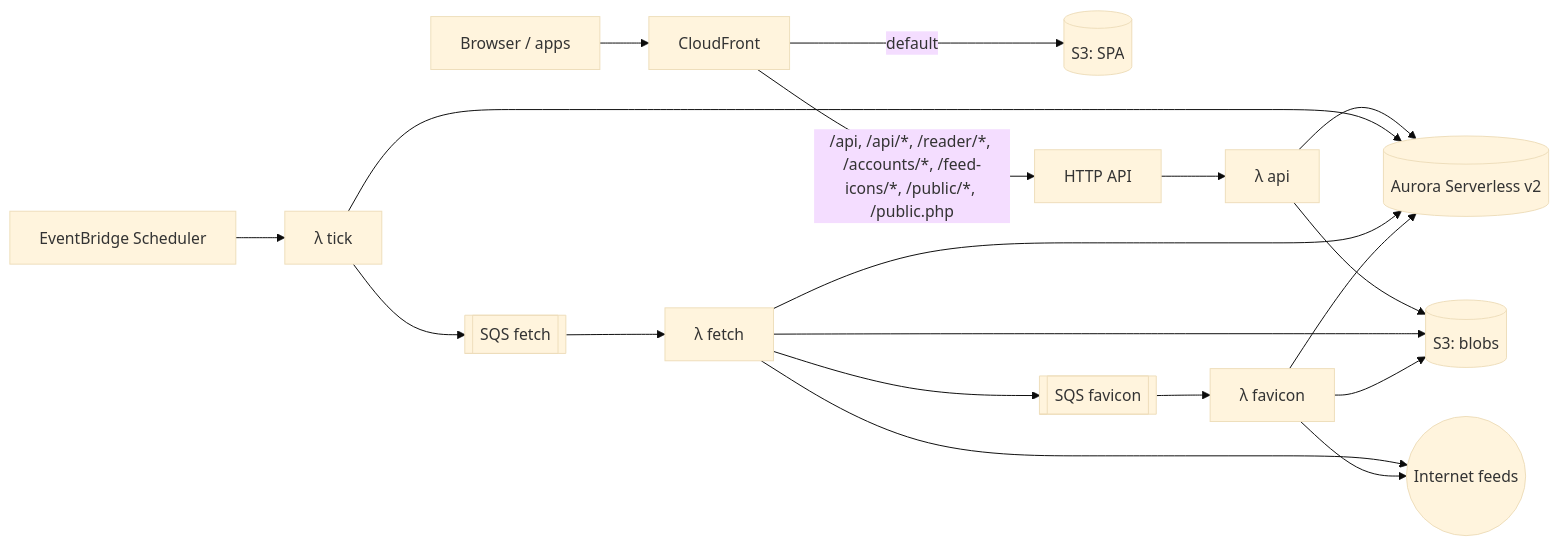
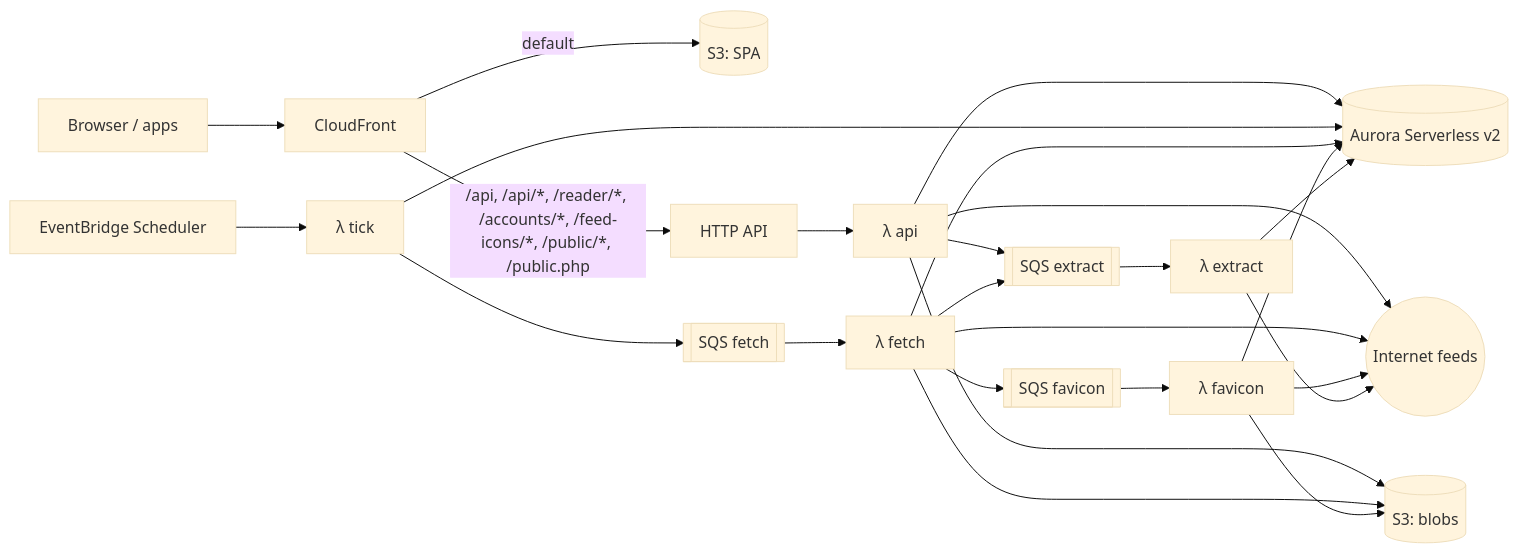
Before and after one commit to newses-app/newses: the diagram in docs/architecture.md, drawn with Mermaid (base theme). The commit also changed other lines of this file and 61 other files, not shown here.

````diff
--- a/docs/architecture.md
+++ b/docs/architecture.md
@@ -315,12 +324,13 @@
 ```mermaid
 flowchart LR
   U[Browser / apps] --> CF[CloudFront]
   CF -- default --> S3W[(S3: SPA)]
   CF -- "/api, /api/*, /reader/*, /accounts/*, /feed-icons/*, /public/*, /public.php" --> API[HTTP API] --> FA[λ api]
   EB[EventBridge Scheduler] --> FT[λ tick]
   FT --> QF[[SQS fetch]] --> FF[λ fetch]
   FF --> QI[[SQS favicon]] --> FI[λ favicon]
-  FA & FT & FF & FI --> DB[(Aurora Serverless v2)]
+  FA & FF --> QX[[SQS extract]] --> FX[λ extract]
+  FA & FT & FF & FI & FX --> DB[(Aurora Serverless v2)]
   FA & FF & FI --> S3B[(S3: blobs)]
-  FF & FI --> NET((Internet feeds))
+  FA & FF & FI & FX --> NET((Internet feeds))
 ```
````
